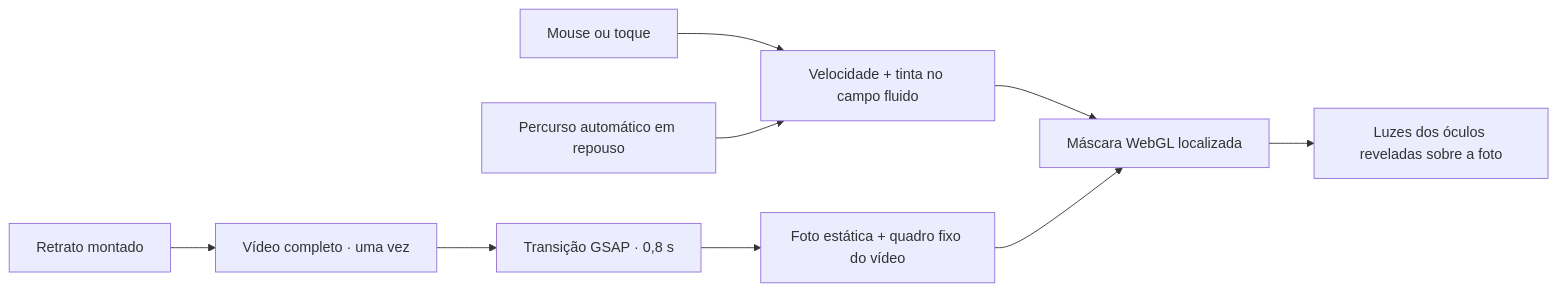
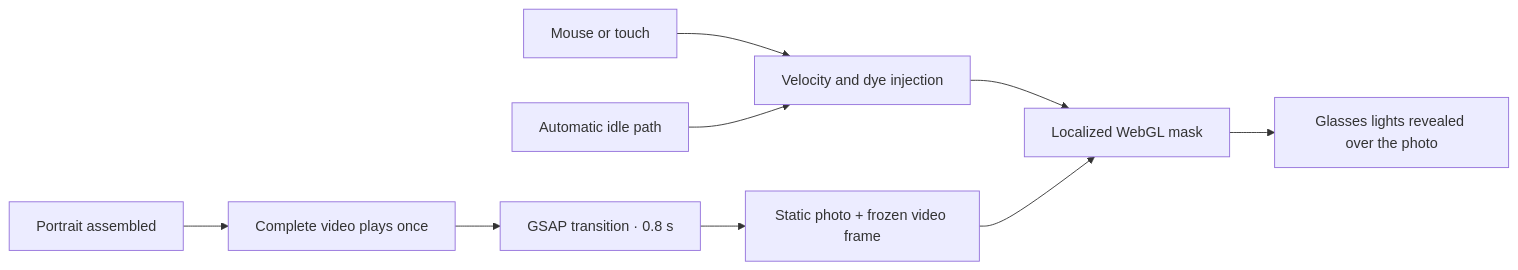
One commit to jonypeixoto/thejonypeixoto.com changed the diagram in README.md. Above: the diagram before and after it, drawn with Mermaid. The commit also changed other lines of this file and 8 other files, not shown here.

````diff
--- a/README.md
+++ b/README.md
@@ -127,11 +135,11 @@
 ```mermaid
 flowchart LR
-  A[Retrato montado] --> B[Vídeo completo · uma vez]
-  B --> C[Transição GSAP · 0,8 s]
-  C --> D[Foto estática + quadro fixo do vídeo]
-  E[Mouse ou toque] --> F[Velocidade + tinta no campo fluido]
-  G[Percurso automático em repouso] --> F
-  F --> H[Máscara WebGL localizada]
+  A[Portrait assembled] --> B[Complete video plays once]
+  B --> C[GSAP transition · 0.8 s]
+  C --> D[Static photo + frozen video frame]
+  E[Mouse or touch] --> F[Velocity and dye injection]
+  G[Automatic idle path] --> F
+  F --> H[Localized WebGL mask]
   D --> H
-  H --> I[Luzes dos óculos reveladas sobre a foto]
+  H --> I[Glasses lights revealed over the photo]
 ```
````
